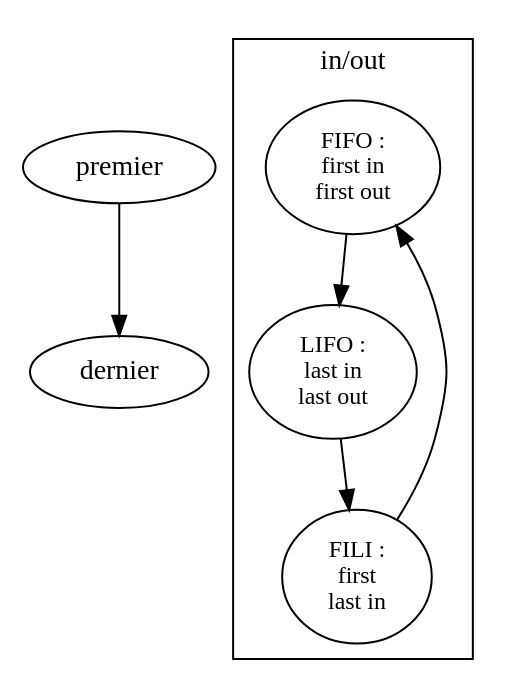
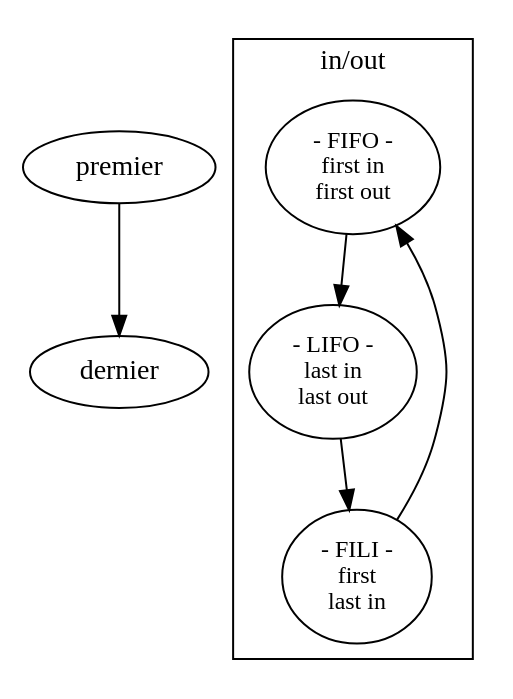
The diagram in sujet.dot (ensad-nancy/first-last), drawn with Graphviz before and after one commit.

Commit message:
+		FIFO [label="- FIFO -\nfirst in\nfirst out"] +		LIFO [label="- LIFO -\nlast in\nlast out"] +		FILI [label="- FILI -\nfirst\n last in"]

```diff
--- a/sujet.dot
+++ b/sujet.dot
@@ -1,22 +1,22 @@
 digraph {
 
 	premier -> dernier
 	fontname="myriadpro"
 	fontsize = 14
 	
 	node [fontname="myriadpro", fontsize = 12]
 	edge [fontname="monaco", fontsize = 10]
 	
 
 	subgraph cluster_FO{
 	
 		label="in/out"
 		
-		FIFO [label="FIFO :\nfirst in\nfirst out"]
-		LIFO [label="LIFO :\nlast in\nlast out"]
-		FILI [label="FILI :\nfirst\n last in"]
+		FIFO [label="- FIFO -\nfirst in\nfirst out"]
+		LIFO [label="- LIFO -\nlast in\nlast out"]
+		FILI [label="- FILI -\nfirst\n last in"]
 
 		FILI -> FIFO -> LIFO -> FILI
 	}
 	
 }
```
